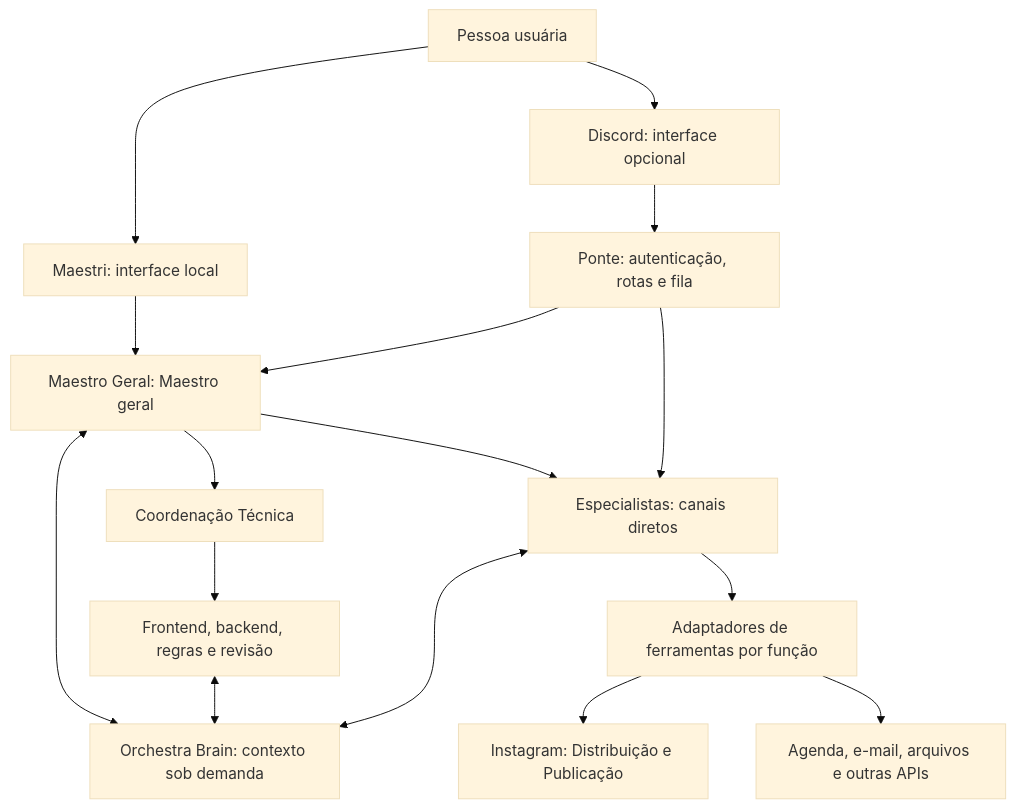
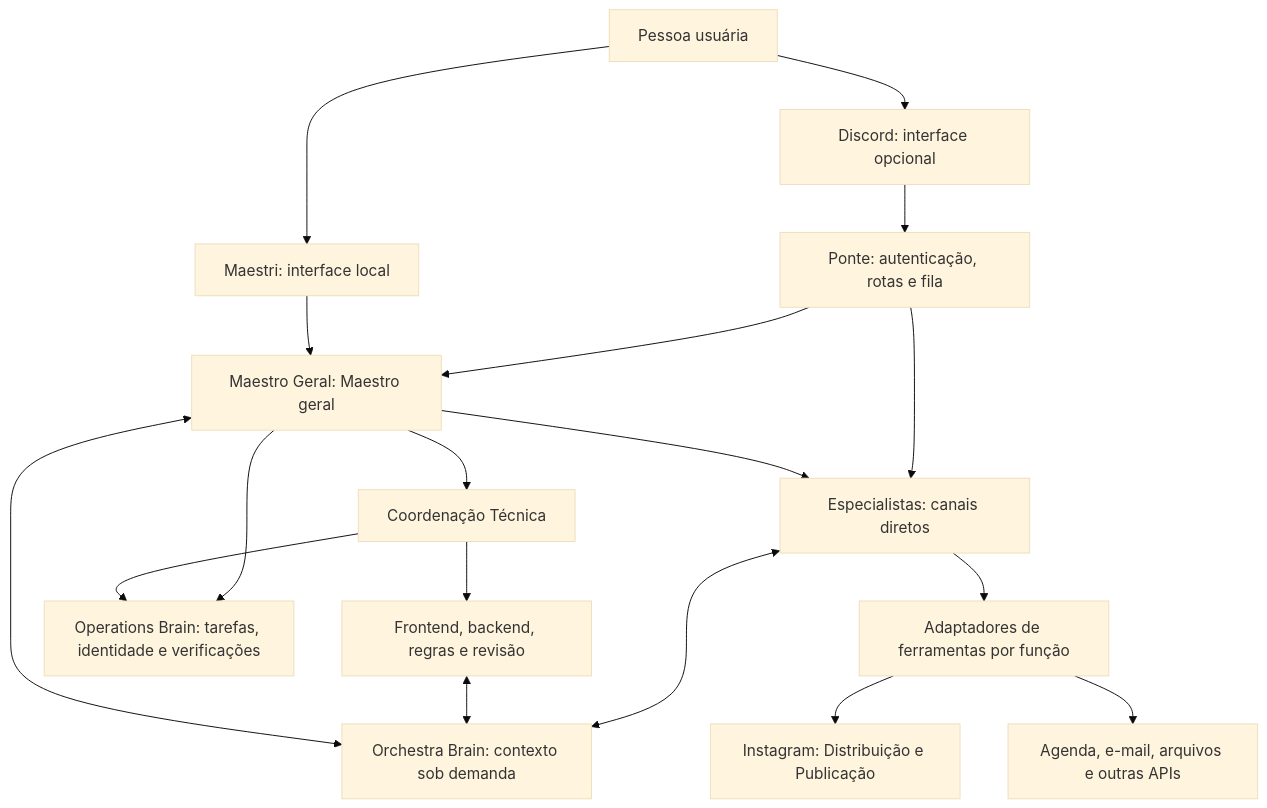
The diagram in README.md (brunnorsant/Brain-Orchestra), drawn with Mermaid (base theme) before and after one commit. The commit also changed other lines of this file, not shown here.

````diff
--- a/README.md
+++ b/README.md
@@ -15,18 +15,20 @@
 ```mermaid
 flowchart TD
     U[Pessoa usuária] --> D[Discord: interface opcional]
     U --> M[Maestri: interface local]
     D --> B[Ponte: autenticação, rotas e fila]
     B --> O[Maestro Geral: Maestro geral]
     B --> E[Especialistas: canais diretos]
     M --> O
     O --> E
     O --> T[Coordenação Técnica]
     T --> DEV[Frontend, backend, regras e revisão]
     E <--> C[Orchestra Brain: contexto sob demanda]
     DEV <--> C
     O <--> C
+    O --> G[Operations Brain: tarefas, identidade e verificações]
+    T --> G
     E --> A[Adaptadores de ferramentas por função]
     A --> I[Instagram: Distribuição e Publicação]
     A --> X[Agenda, e-mail, arquivos e outras APIs]
 ```
````
